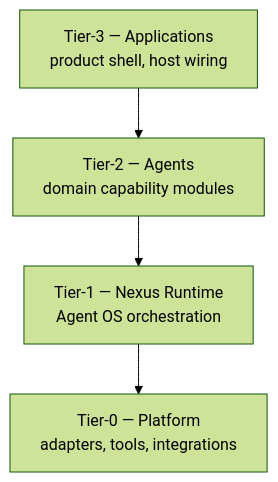
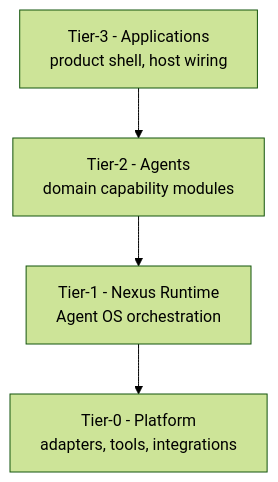
The diagram in docs/project/architecture/PLATFORM_FOUNDATION.md (jakbuczarnecki/intergrax), drawn with Mermaid (forest theme) before and after one commit. The commit also changed other lines of this file and 863 other files, not shown here.

````diff
--- a/docs/project/architecture/PLATFORM_FOUNDATION.md
+++ b/docs/project/architecture/PLATFORM_FOUNDATION.md
@@ -35,9 +35,9 @@
 ```mermaid
 flowchart TB
-    T3["Tier-3 — Applications<br/>product shell, host wiring"]
-    T2["Tier-2 — Agents<br/>domain capability modules"]
-    T1["Tier-1 — Nexus Runtime<br/>Agent OS orchestration"]
-    T0["Tier-0 — Platform<br/>adapters, tools, integrations"]
+    T3["Tier-3 - Applications<br/>product shell, host wiring"]
+    T2["Tier-2 - Agents<br/>domain capability modules"]
+    T1["Tier-1 - Nexus Runtime<br/>Agent OS orchestration"]
+    T0["Tier-0 - Platform<br/>adapters, tools, integrations"]
 
     T3 --> T2 --> T1 --> T0
 ```
````
